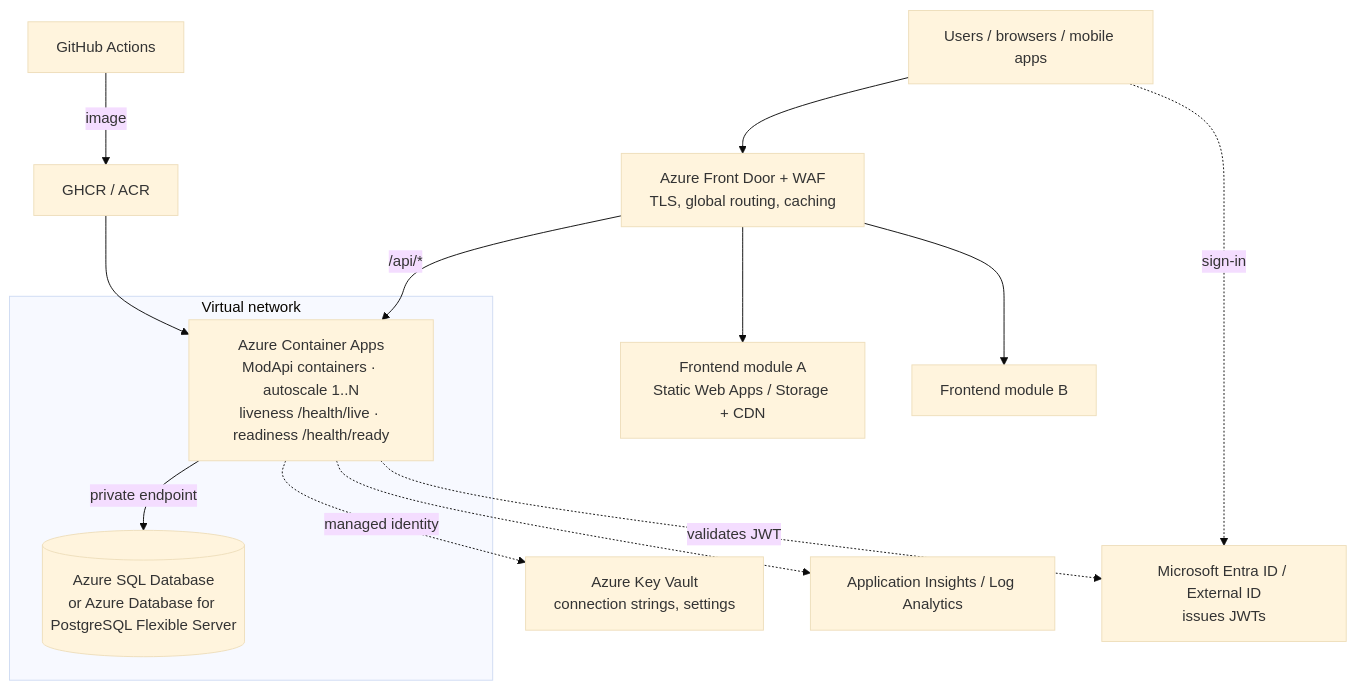
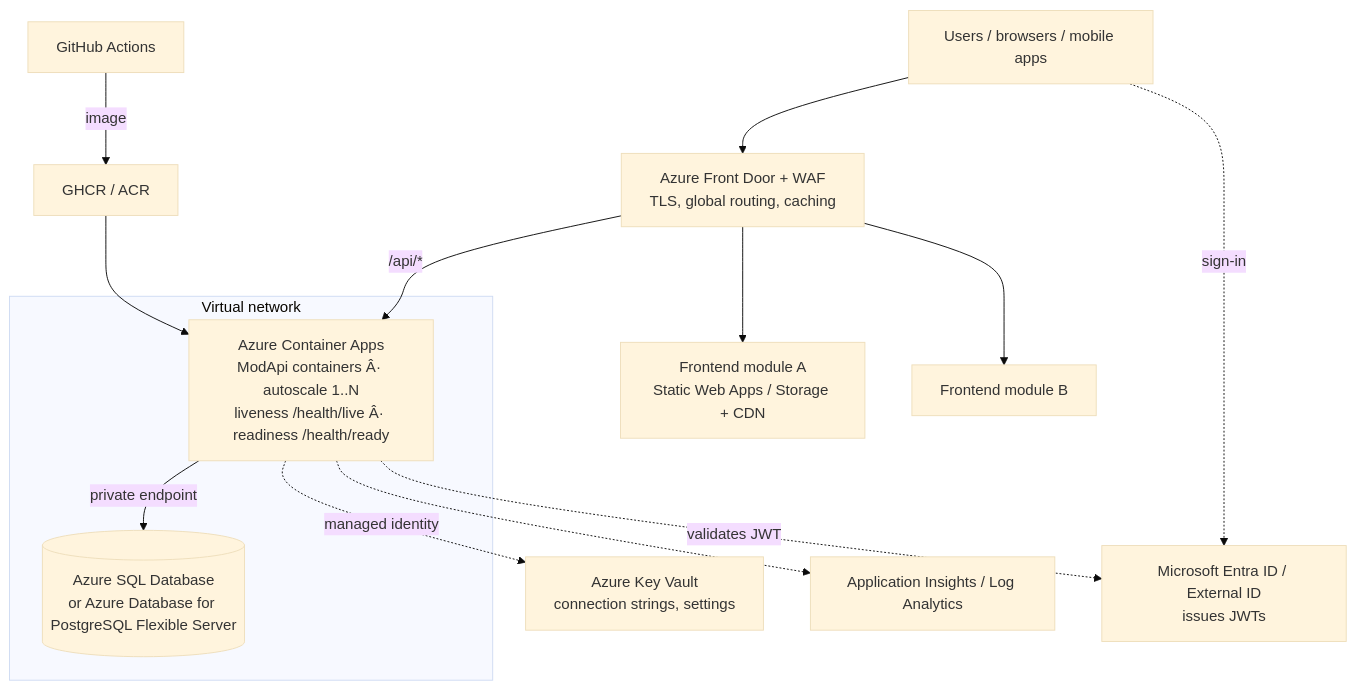
The fourth of 4 diagrams in README.md (Chasertx/demoApi), drawn with Mermaid (base theme) before and after one commit. The commit also changed other lines of this file and 100 other files, not shown here.

````diff
--- a/README.md
+++ b/README.md
@@ -596,19 +596,19 @@
 ```mermaid
 flowchart TB
     U[Users / browsers / mobile apps] --> FD[Azure Front Door + WAF<br/>TLS, global routing, caching]
     FD --> SWA1[Frontend module A<br/>Static Web Apps / Storage + CDN]
     FD --> SWA2[Frontend module B]
     FD -->|/api/*| ACA
 
     subgraph VNET[Virtual network]
-        ACA[Azure Container Apps<br/>ModApi containers · autoscale 1..N<br/>liveness /health/live · readiness /health/ready]
+        ACA[Azure Container Apps<br/>ModApi containers Â· autoscale 1..N<br/>liveness /health/live Â· readiness /health/ready]
         ACA -->|private endpoint| DB[(Azure SQL Database<br/>or Azure Database for PostgreSQL Flexible Server)]
     end
 
     ACA -.->|managed identity| KV[Azure Key Vault<br/>connection strings, settings]
     ACA -.-> AI[Application Insights / Log Analytics]
     U -.->|sign-in| ID[Microsoft Entra ID / External ID<br/>issues JWTs]
     ACA -.->|validates JWT| ID
     GH[GitHub Actions] -->|image| GHCR[GHCR / ACR]
     GHCR --> ACA
 ```
````
